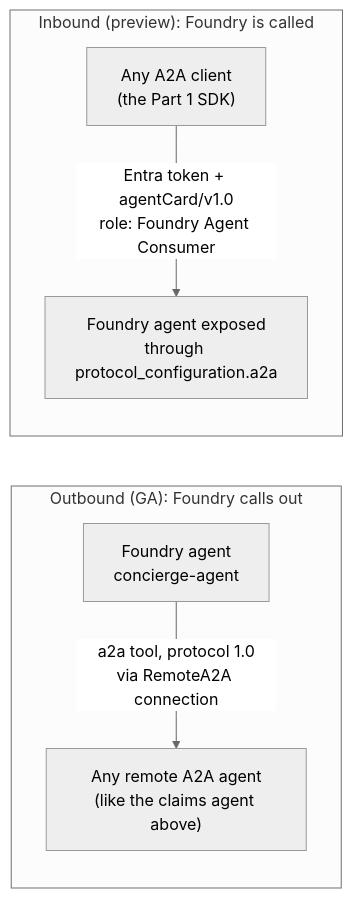
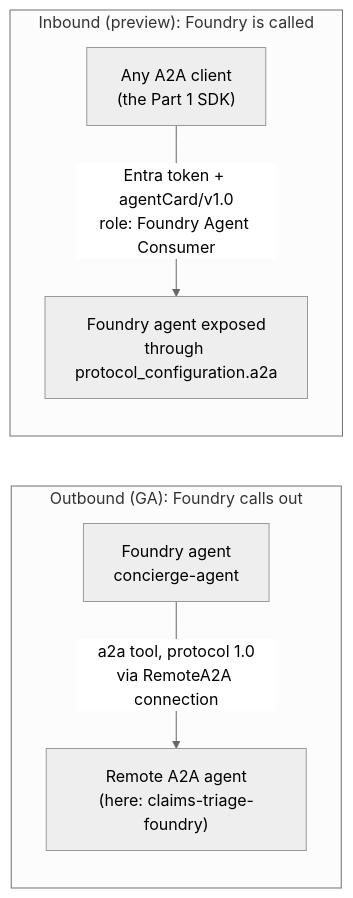
The fifth of 5 diagrams in README.md (strudel0209/FoundryUpdatesSept2026), drawn with Mermaid (neutral theme) before and after one commit. The commit also changed other lines of this file and 2 other files, not shown here.

````diff
--- a/README.md
+++ b/README.md
@@ -274,10 +274,10 @@
 ```mermaid
 flowchart LR
   subgraph Outbound["Outbound (GA): Foundry calls out"]
-    FA["Foundry agent<br/>concierge-agent"] -- "a2a tool, protocol 1.0<br/>via RemoteA2A connection" --> RA["Any remote A2A agent<br/>(like the claims agent above)"]
+    FA["Foundry agent<br/>concierge-agent"] -- "a2a tool, protocol 1.0<br/>via RemoteA2A connection" --> RA["Remote A2A agent<br/>(here: claims-triage-foundry)"]
   end
 
   subgraph Inbound["Inbound (preview): Foundry is called"]
     AC["Any A2A client<br/>(the Part 1 SDK)"] -- "Entra token + agentCard/v1.0<br/>role: Foundry Agent Consumer" --> FB["Foundry agent exposed<br/>through protocol_configuration.a2a"]
   end
 ```
````
